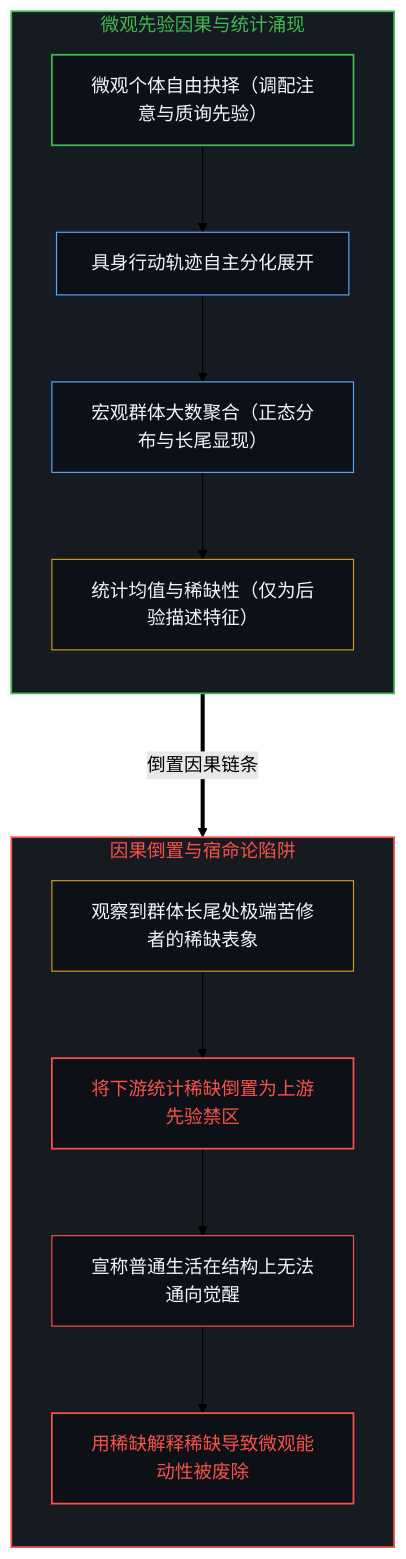
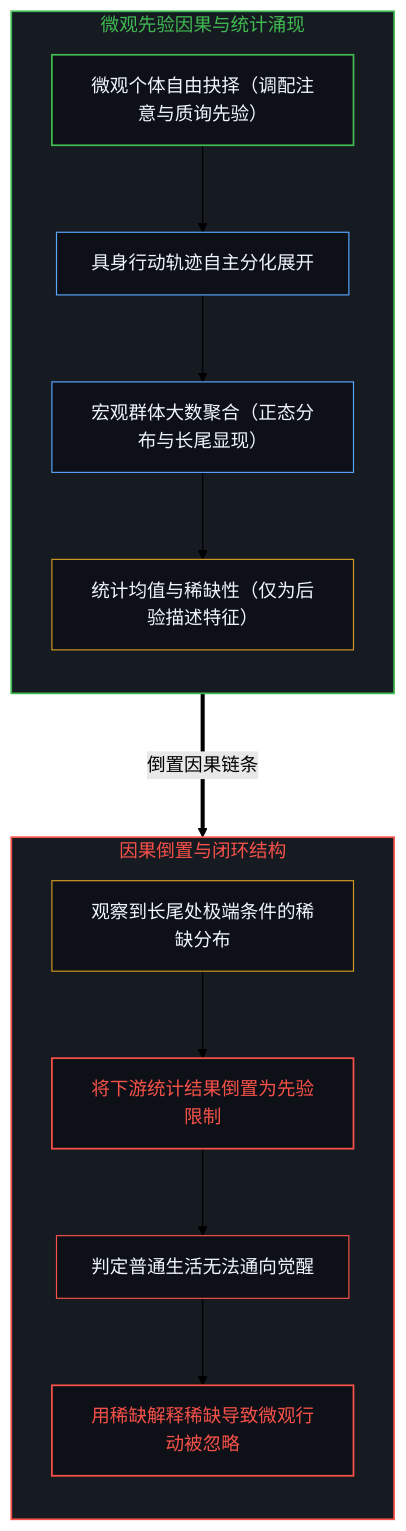
Before and after one commit to powerpig99/not-a-toe: the third of 4 diagrams in content/posts/the-form-of-enlightenment-and-the-inversion-of-gates.md, drawn with Mermaid (forest theme). The commit also changed other lines of this file and 2 other files, not shown here.

````diff
--- a/content/posts/the-form-of-enlightenment-and-the-inversion-of-gates.md
+++ b/content/posts/the-form-of-enlightenment-and-the-inversion-of-gates.md
@@ -83,29 +83,29 @@
 ```mermaid
 graph TD
     subgraph S_TrueCausality ["微观先验因果与统计涌现"]
         direction TB
         TC_Choice["微观个体自由抉择（调配注意与质询先验）"] --> TC_Traj["具身行动轨迹自主分化展开"]
         TC_Traj --> TC_Macro["宏观群体大数聚合（正态分布与长尾显现）"]
         TC_Macro --> TC_StatDesc["统计均值与稀缺性（仅为后验描述特征）"]
     end
 
-    subgraph S_InvertedIllusion ["因果倒置与宿命论陷阱"]
+    subgraph S_InvertedIllusion ["因果倒置与闭环结构"]
         direction TB
-        II_Scarcity["观察到群体长尾处极端苦修者的稀缺表象"] --> II_Inversion["将下游统计稀缺倒置为上游先验禁区"]
-        II_Inversion --> II_Preclude["宣称普通生活在结构上无法通向觉醒"]
-        II_Preclude --> II_Paralysis["用稀缺解释稀缺导致微观能动性被废除"]
+        II_Scarcity["观察到长尾处极端条件的稀缺分布"] --> II_Inversion["将下游统计结果倒置为先验限制"]
+        II_Inversion --> II_Preclude["判定普通生活无法通向觉醒"]
+        II_Preclude --> II_Paralysis["用稀缺解释稀缺导致微观行动被忽略"]
     end
 
     TC_StatDesc ===>|"倒置因果链条"| II_Scarcity
 
     style S_TrueCausality fill:#161b22,stroke:#3fb950,stroke-width:1.5px,color:#3fb950
     style S_InvertedIllusion fill:#161b22,stroke:#f85149,stroke-width:1.5px,color:#f85149
     style TC_Choice fill:#0d1117,stroke:#3fb950,stroke-width:1.5px,color:#f0f6fc
     style TC_Traj fill:#0d1117,stroke:#58a6ff,stroke-width:1px,color:#f0f6fc
     style TC_Macro fill:#0d1117,stroke:#58a6ff,stroke-width:1px,color:#f0f6fc
     style TC_StatDesc fill:#0d1117,stroke:#d29922,stroke-width:1px,color:#f0f6fc
     style II_Scarcity fill:#0d1117,stroke:#d29922,stroke-width:1px,color:#f0f6fc
     style II_Inversion fill:#0d1117,stroke:#f85149,stroke-width:1.5px,color:#f85149
     style II_Preclude fill:#0d1117,stroke:#f85149,stroke-width:1px,color:#f0f6fc
     style II_Paralysis fill:#0d1117,stroke:#f85149,stroke-width:1.5px,color:#f85149
 ```
````
